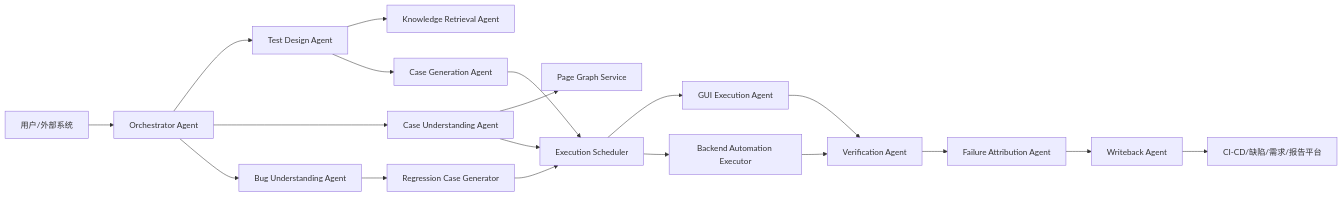
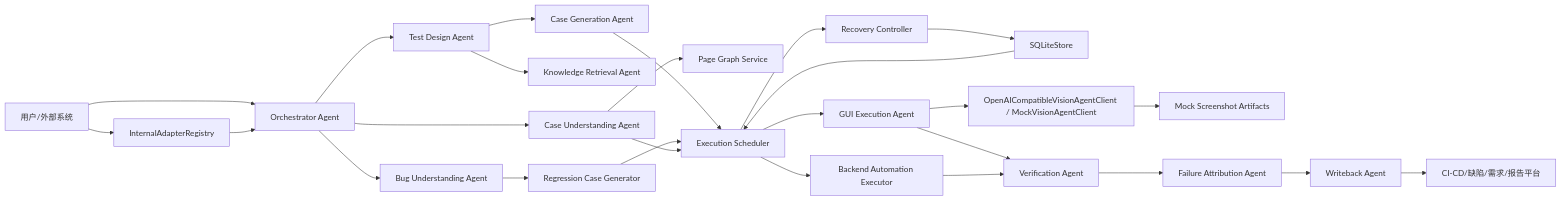
Before and after one commit to hhh127214/tx-agent: the second of 8 diagrams in docs/yuanbao_gui_agent_testing_platform.md, drawn with Mermaid. The commit also changed other lines of this file and 8 other files, not shown here.

Commit message:
Add explicit scheduler recovery from SQLite

````diff
--- a/docs/yuanbao_gui_agent_testing_platform.md
+++ b/docs/yuanbao_gui_agent_testing_platform.md
@@ -96,21 +111,28 @@
 ```mermaid
 flowchart LR
   U[用户/外部系统] --> O[Orchestrator Agent]
+  U --> AR[InternalAdapterRegistry]
+  AR --> O
   O --> TD[Test Design Agent]
   O --> CU[Case Understanding Agent]
   O --> BU[Bug Understanding Agent]
   TD --> KR[Knowledge Retrieval Agent]
   CU --> PG[Page Graph Service]
   BU --> RG[Regression Case Generator]
   TD --> CG[Case Generation Agent]
   CG --> SCH[Execution Scheduler]
   RG --> SCH
   CU --> SCH
   SCH --> GUI[GUI Execution Agent]
+  SCH --> RC[Recovery Controller]
+  RC --> DB[SQLiteStore]
+  DB --> SCH
   SCH --> BE[Backend Automation Executor]
+  GUI --> VC[OpenAICompatibleVisionAgentClient / MockVisionAgentClient]
+  VC --> SA[Mock Screenshot Artifacts]
   GUI --> VA[Verification Agent]
   BE --> VA
   VA --> FA[Failure Attribution Agent]
   FA --> WB[Writeback Agent]
   WB --> SYS[CI-CD/缺陷/需求/报告平台]
 ```
````
